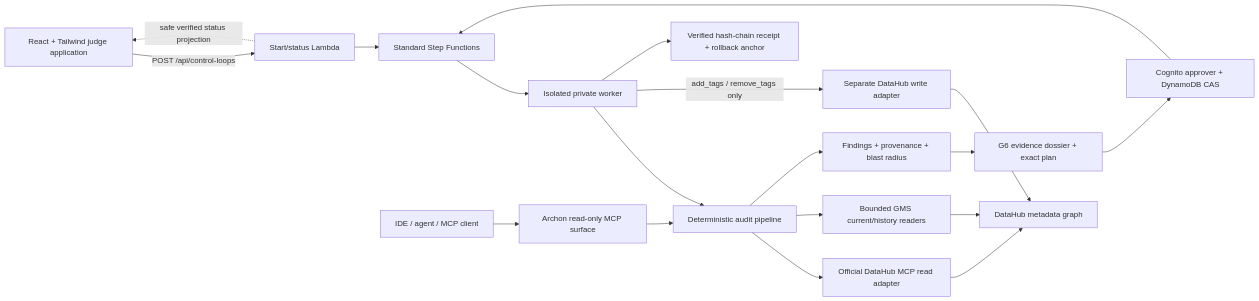
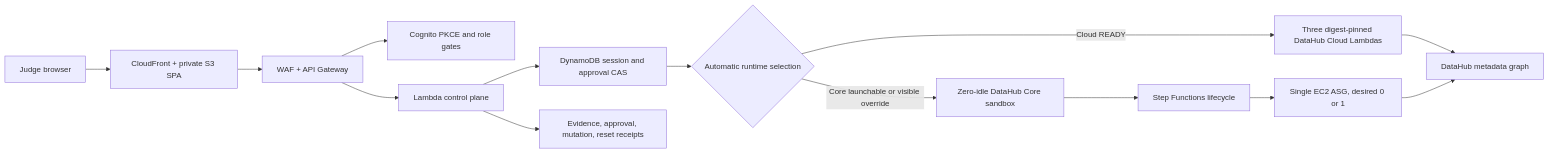
One commit to upgradedev/archon-datahub changed the diagram in README.md. Above: the diagram before and after it, drawn with Mermaid. The commit also changed other lines of this file and 211 other files, not shown here.

First line of the commit message:
feat: ship dual DataHub runtime and full agent stack (#51)

````diff
--- a/README.md
+++ b/README.md
@@ -79,21 +90,16 @@
 ```mermaid
 flowchart LR
-  UI["React + Tailwind judge application"] -->|POST /api/control-loops| CONTROL["Start/status Lambda"]
-  CONTROL --> SFN["Standard Step Functions"]
-  SFN --> WORKER["Isolated private worker"]
-  CONTROL -. safe verified status projection .-> UI
-  IDE["IDE / agent / MCP client"] --> AMCP["Archon read-only MCP surface"]
-  WORKER --> PIPE["Deterministic audit pipeline"]
-  AMCP --> PIPE
-  PIPE --> READ["Official DataHub MCP read adapter"]
-  PIPE --> GMSREAD["Bounded GMS current/history readers"]
-  READ --> DH["DataHub metadata graph"]
-  GMSREAD --> DH
-  PIPE --> FIND["Findings + provenance + blast radius"]
-  FIND --> DOSSIER["G6 evidence dossier + exact plan"]
-  DOSSIER --> APPROVAL["Cognito approver + DynamoDB CAS"]
-  APPROVAL --> SFN
-  WORKER -->|add_tags / remove_tags only| WRITE["Separate DataHub write adapter"]
-  WRITE --> DH
-  WORKER --> RECEIPT["Verified hash-chain receipt + rollback anchor"]
+  J["Judge browser"] --> CF["CloudFront + private S3 SPA"]
+  CF --> API["WAF + API Gateway"]
+  API --> AUTH["Cognito PKCE and role gates"]
+  API --> CONTROL["Lambda control plane"]
+  CONTROL --> SESSION["DynamoDB session and approval CAS"]
+  SESSION --> ROUTER{"Automatic runtime selection"}
+  ROUTER -->|"Cloud READY"| CLOUD["Three digest-pinned DataHub Cloud Lambdas"]
+  ROUTER -->|"Core launchable or visible override"| CORE["Zero-idle DataHub Core sandbox"]
+  CORE --> SFN["Step Functions lifecycle"]
+  SFN --> ASG["Single EC2 ASG, desired 0 or 1"]
+  CLOUD --> DH["DataHub metadata graph"]
+  ASG --> DH
+  CONTROL --> EVIDENCE["Evidence, approval, mutation, reset receipts"]
 ```
````
